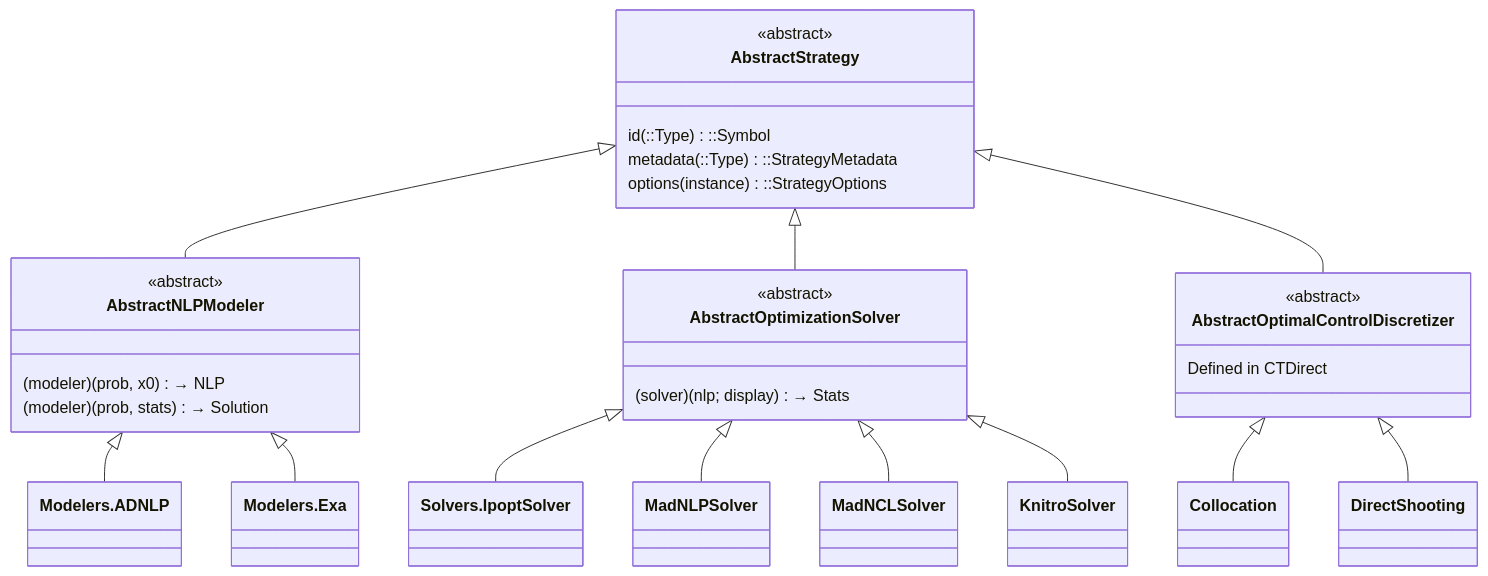
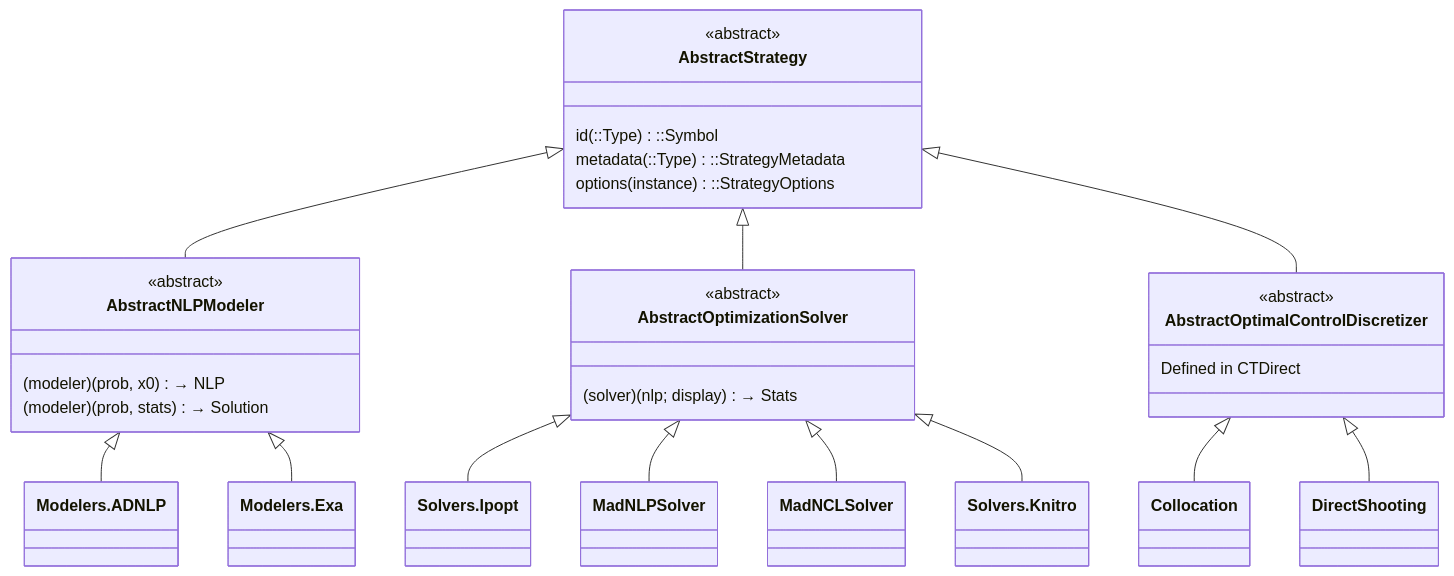
The first of 6 diagrams in docs/src/architecture.md (control-toolbox/CTSolvers.jl), drawn with Mermaid before and after one commit. The commit also changed other lines of this file and 32 other files, not shown here.

````diff
--- a/docs/src/architecture.md
+++ b/docs/src/architecture.md
@@ -44,38 +44,38 @@
 ```mermaid
 classDiagram
     direction TB
     class AbstractStrategy {
         <<abstract>>
         id(::Type)::Symbol
         metadata(::Type)::StrategyMetadata
         options(instance)::StrategyOptions
     }
 
     AbstractStrategy <|-- AbstractNLPModeler
     AbstractStrategy <|-- AbstractOptimizationSolver
     AbstractStrategy <|-- AbstractOptimalControlDiscretizer
 
     class AbstractNLPModeler {
         <<abstract>>
         (modeler)(prob, x0) → NLP
         (modeler)(prob, stats) → Solution
     }
     AbstractNLPModeler <|-- Modelers.ADNLP
     AbstractNLPModeler <|-- Modelers.Exa
 
     class AbstractOptimizationSolver {
         <<abstract>>
         (solver)(nlp; display) → Stats
     }
-    AbstractOptimizationSolver <|-- Solvers.IpoptSolver
+    AbstractOptimizationSolver <|-- Solvers.Ipopt
     AbstractOptimizationSolver <|-- MadNLPSolver
     AbstractOptimizationSolver <|-- MadNCLSolver
-    AbstractOptimizationSolver <|-- KnitroSolver
+    AbstractOptimizationSolver <|-- Solvers.Knitro
 
     class AbstractOptimalControlDiscretizer {
         <<abstract>>
         Defined in CTDirect
     }
     AbstractOptimalControlDiscretizer <|-- Collocation
     AbstractOptimalControlDiscretizer <|-- DirectShooting
 ```
````
